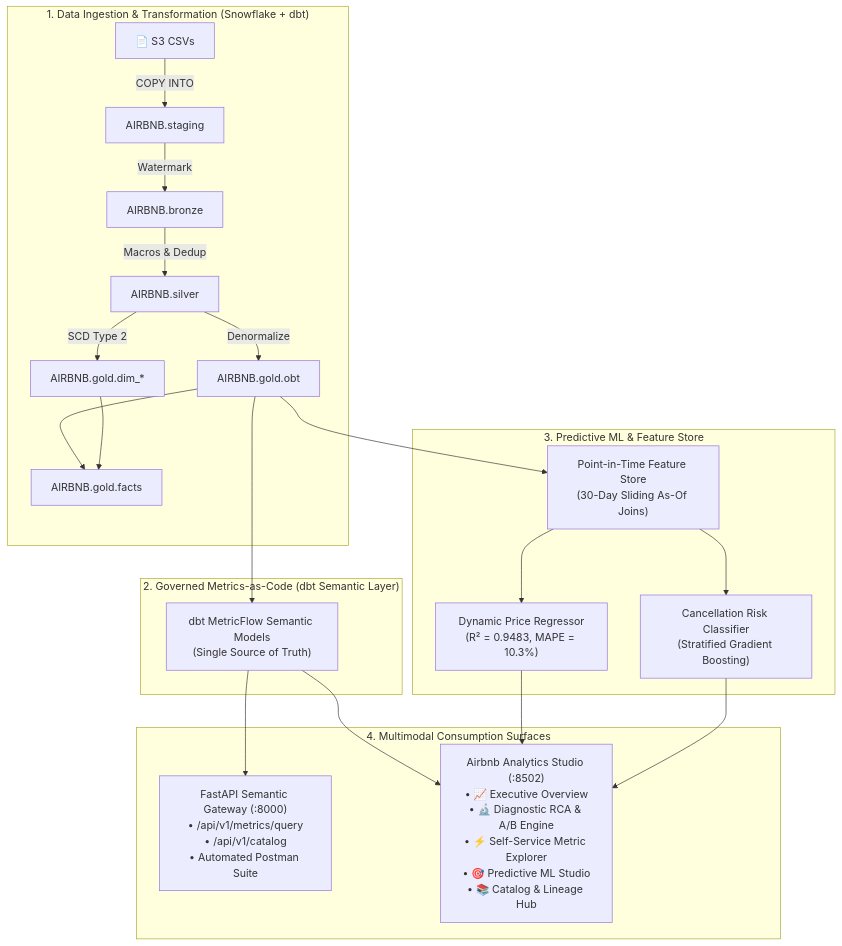
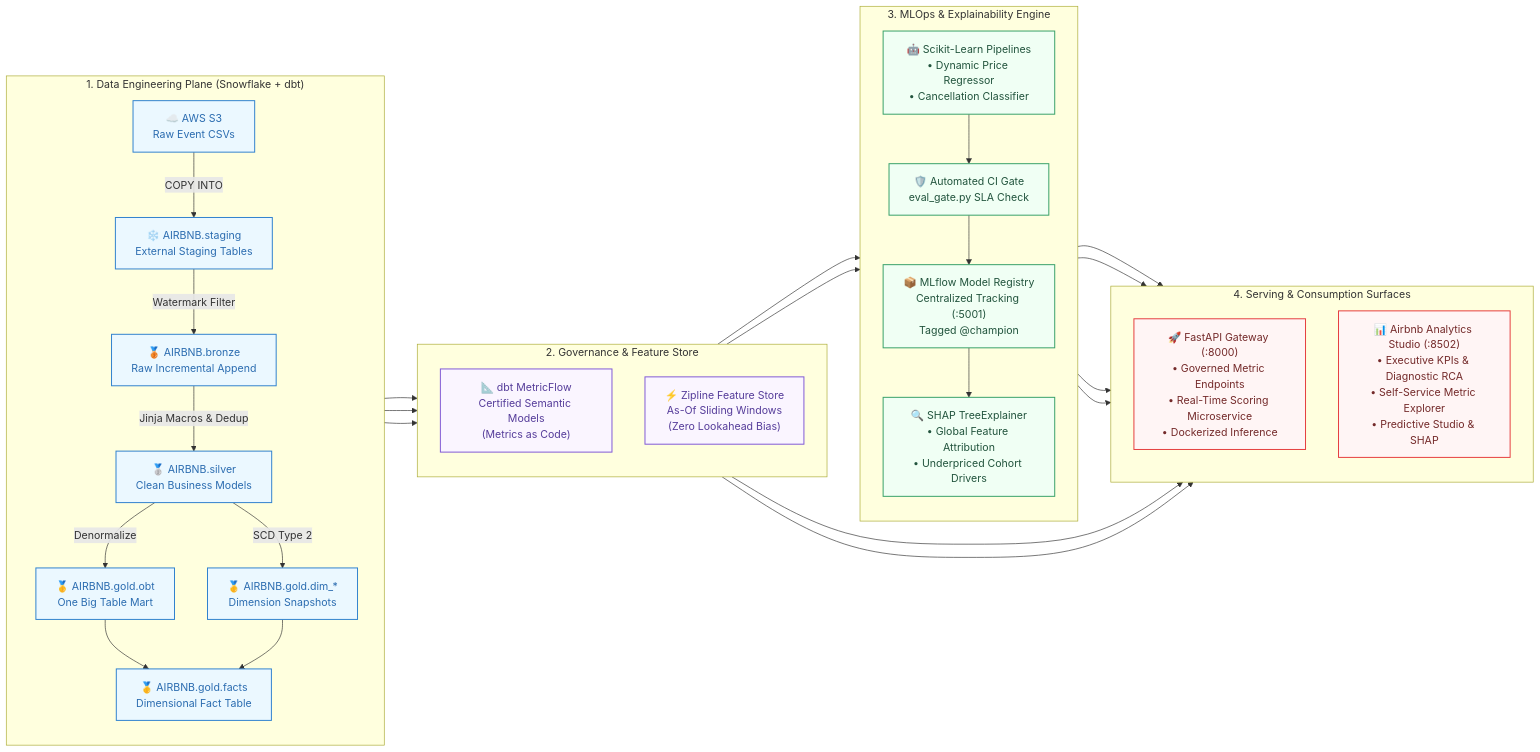
Before and after one commit to jimaaa17/airbnb-snowflake-dbt-pipeline: the diagram in README.md, drawn with Mermaid. The commit also changed other lines of this file, not shown here.

Commit message:
docs(readme): redesign architecture diagram with clean swimlanes and add repository best practices

````diff
--- a/README.md
+++ b/README.md
@@ -39,26 +31,51 @@
 ```mermaid
-flowchart TD
-    subgraph DataEngineering["1. Data Ingestion & Transformation (Snowflake + dbt)"]
-        CSV["📄 S3 CSVs"] -->|"COPY INTO"| STG["AIRBNB.staging"]
-        STG -->|"Watermark"| BRZ["AIRBNB.bronze"]
-        BRZ -->|"Macros & Dedup"| SLV["AIRBNB.silver"]
-        SLV -->|"Denormalize"| OBT["AIRBNB.gold.obt"]
-        SLV -->|"SCD Type 2"| DIM["AIRBNB.gold.dim_*"]
-        OBT & DIM --> FACTS["AIRBNB.gold.facts"]
+flowchart LR
+    %% Subgraph 1: Data Engineering Plane
+    subgraph DEP["1. Data Engineering Plane (Snowflake + dbt)"]
+        direction TB
+        S3["☁️ AWS S3<br/>Raw Event CSVs"] -->|"COPY INTO"| STG["❄️ AIRBNB.staging<br/>External Staging Tables"]
+        STG -->|"Watermark Filter"| BRZ["🥉 AIRBNB.bronze<br/>Raw Incremental Append"]
+        BRZ -->|"Jinja Macros & Dedup"| SLV["🥈 AIRBNB.silver<br/>Clean Business Models"]
+        SLV -->|"Denormalize"| OBT["🥇 AIRBNB.gold.obt<br/>One Big Table Mart"]
+        SLV -->|"SCD Type 2"| DIM["🥇 AIRBNB.gold.dim_*<br/>Dimension Snapshots"]
+        OBT & DIM --> FACTS["🥇 AIRBNB.gold.facts<br/>Dimensional Fact Table"]
     end
 
-    subgraph SemanticGov["2. Governed Metrics-as-Code (dbt Semantic Layer)"]
-        OBT --> MetricFlow["dbt MetricFlow Semantic Models<br/>(Single Source of Truth)"]
+    %% Subgraph 2: Semantic & Feature Store Plane
+    subgraph GOV["2. Governance & Feature Store"]
+        direction TB
+        OBT --> MF["📐 dbt MetricFlow<br/>Certified Semantic Models<br/>(Metrics as Code)"]
+        OBT --> FS["⚡ Zipline Feature Store<br/>As-Of Sliding Windows<br/>(Zero Lookahead Bias)"]
     end
 
-    subgraph Intelligence["3. Predictive ML & Feature Store"]
-        OBT --> FS["Point-in-Time Feature Store<br/>(30-Day Sliding As-Of Joins)"]
-        FS --> PR["Dynamic Price Regressor<br/>(R² = 0.9483, MAPE = 10.3%)"]
-        FS --> CR["Cancellation Risk Classifier<br/>(Stratified Gradient Boosting)"]
+    %% Subgraph 3: MLOps & Explainability Plane
+    subgraph MLOPS["3. MLOps & Explainability Engine"]
+        direction TB
+        FS --> TRN["🤖 Scikit-Learn Pipelines<br/>• Dynamic Price Regressor<br/>• Cancellation Classifier"]
+        TRN --> GATE["🛡️ Automated CI Gate<br/>eval_gate.py SLA Check"]
+        GATE --> REG["📦 MLflow Model Registry<br/>Centralized Tracking (:5001)<br/>Tagged @champion"]
+        REG --> SHAP["🔍 SHAP TreeExplainer<br/>• Global Feature Attribution<br/>• Underpriced Cohort Drivers"]
     end
 
-    subgraph Consumption["4. Multimodal Consumption Surfaces"]
-        MetricFlow --> API["FastAPI Semantic Gateway (:8000)<br/>• /api/v1/metrics/query<br/>• /api/v1/catalog<br/>• Automated Postman Suite"]
-        MetricFlow & PR & CR --> Studio["Airbnb Analytics Studio (:8502)<br/>• 📈 Executive Overview<br/>• 🔬 Diagnostic RCA & A/B Engine<br/>• ⚡ Self-Service Metric Explorer<br/>• 🎯 Predictive ML Studio<br/>• 📚 Catalog & Lineage Hub"]
+    %% Subgraph 4: Consumption & Serving Plane
+    subgraph SERVE["4. Serving & Consumption Surfaces"]
+        direction TB
+        MF --> API["🚀 FastAPI Gateway (:8000)<br/>• Governed Metric Endpoints<br/>• Real-Time Scoring Microservice<br/>• Dockerized Inference"]
+        REG --> API
+        MF & REG & SHAP --> APP["📊 Airbnb Analytics Studio (:8502)<br/>• Executive KPIs & Diagnostic RCA<br/>• Self-Service Metric Explorer<br/>• Predictive Studio & SHAP"]
     end
+
+    DEP --> GOV
+    GOV --> MLOPS
+    MLOPS --> SERVE
+
+    classDef blue fill:#EBF8FF,stroke:#3182CE,stroke-width:1.5px,color:#2B6CB0;
+    classDef purple fill:#FAF5FF,stroke:#805AD5,stroke-width:1.5px,color:#553C9A;
+    classDef green fill:#F0FFF4,stroke:#38A169,stroke-width:1.5px,color:#22543D;
+    classDef coral fill:#FFF5F5,stroke:#E53E3E,stroke-width:1.5px,color:#742A2A;
+
+    class S3,STG,BRZ,SLV,OBT,DIM,FACTS blue;
+    class MF,FS purple;
+    class TRN,GATE,REG,SHAP green;
+    class API,APP coral;
 ```
````
